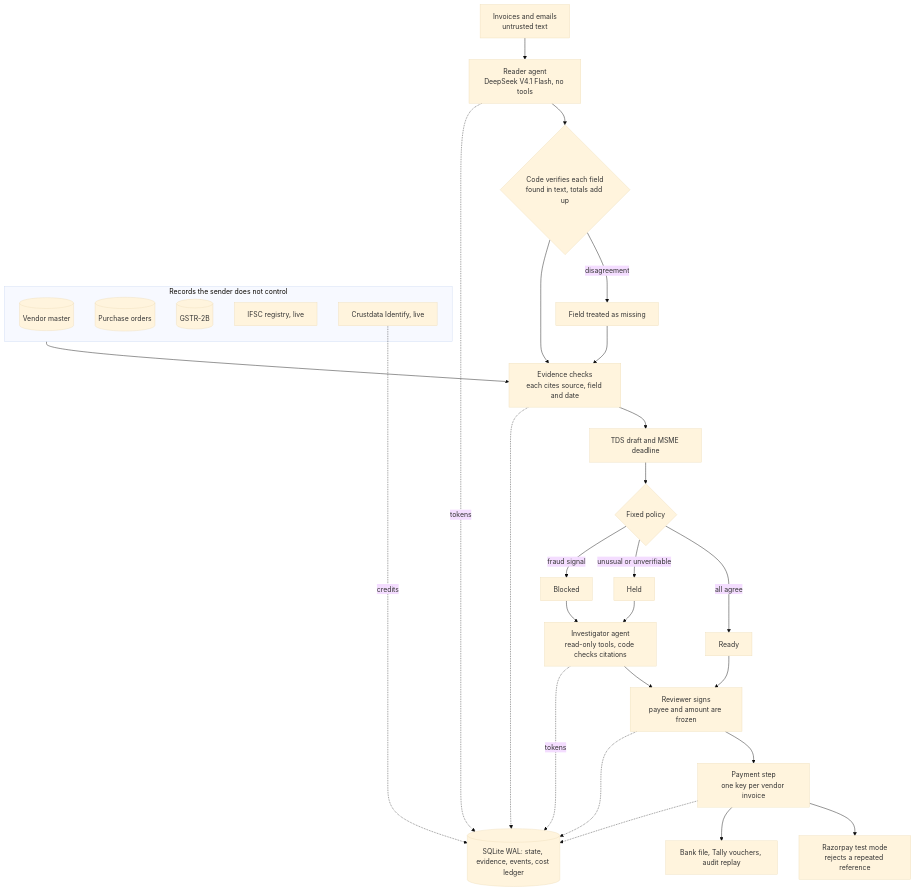
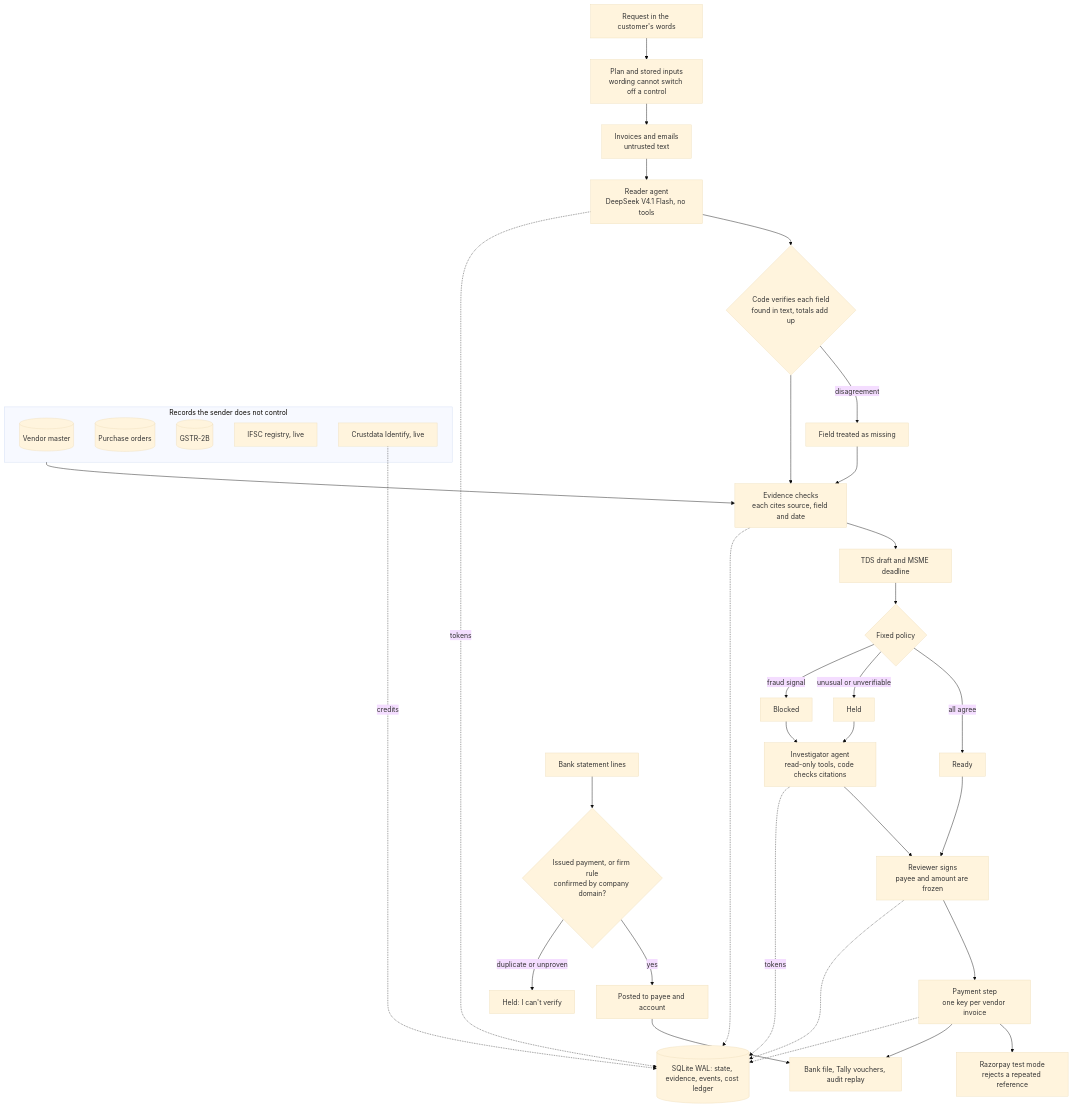
The diagram in docs/architecture.md (neofytr/chukta), drawn with Mermaid (base theme) before and after one commit. The commit also changed other lines of this file and 12 other files, not shown here.

````diff
--- a/docs/architecture.md
+++ b/docs/architecture.md
@@ -5,37 +5,43 @@
 ```mermaid
 flowchart TB
-  IN["Invoices and emails<br/>untrusted text"] --> READ["Reader agent<br/>DeepSeek V4.1 Flash, no tools"]
+  ASK["Request in the customer's words"] --> PLAN["Plan and stored inputs<br/>wording cannot switch off a control"]
+  PLAN --> IN["Invoices and emails<br/>untrusted text"]
+  IN --> READ["Reader agent<br/>DeepSeek V4.1 Flash, no tools"]
   READ --> VERIFY{"Code verifies each field<br/>found in text, totals add up"}
   VERIFY -->|"disagreement"| MISSING["Field treated as missing"]
   VERIFY --> CHECKS
   MISSING --> CHECKS
 
   subgraph REC["Records the sender does not control"]
     VM[("Vendor master")]
     PO[("Purchase orders")]
     B2B[("GSTR-2B")]
     IFSC["IFSC registry, live"]
     CD["Crustdata Identify, live"]
   end
   REC --> CHECKS["Evidence checks<br/>each cites source, field and date"]
   CHECKS --> TAX["TDS draft and MSME deadline"]
   TAX --> GATE{"Fixed policy"}
   GATE -->|"all agree"| READY["Ready"]
   GATE -->|"unusual or unverifiable"| HELD["Held"]
   GATE -->|"fraud signal"| BLOCKED["Blocked"]
   HELD --> INV["Investigator agent<br/>read-only tools, code checks citations"]
   BLOCKED --> INV
   INV --> PERSON
   READY --> PERSON["Reviewer signs<br/>payee and amount are frozen"]
   PERSON --> PAY["Payment step<br/>one key per vendor invoice"]
   PAY --> RZP["Razorpay test mode<br/>rejects a repeated reference"]
   PAY --> OUT["Bank file, Tally vouchers, audit replay"]
+  STMT["Bank statement lines"] --> POST{"Issued payment, or firm rule<br/>confirmed by company domain?"}
+  POST -->|"yes"| BOOK["Posted to payee and account"]
+  POST -->|"duplicate or unproven"| HOLDL["Held: I can't verify"]
+  BOOK --> OUT
 
   DB[("SQLite WAL: state, evidence, events, cost ledger")]
   CHECKS -.-> DB
   PERSON -.-> DB
   PAY -.-> DB
   CD -.->|"credits"| DB
   READ -.->|"tokens"| DB
   INV -.->|"tokens"| DB
 ```
````
